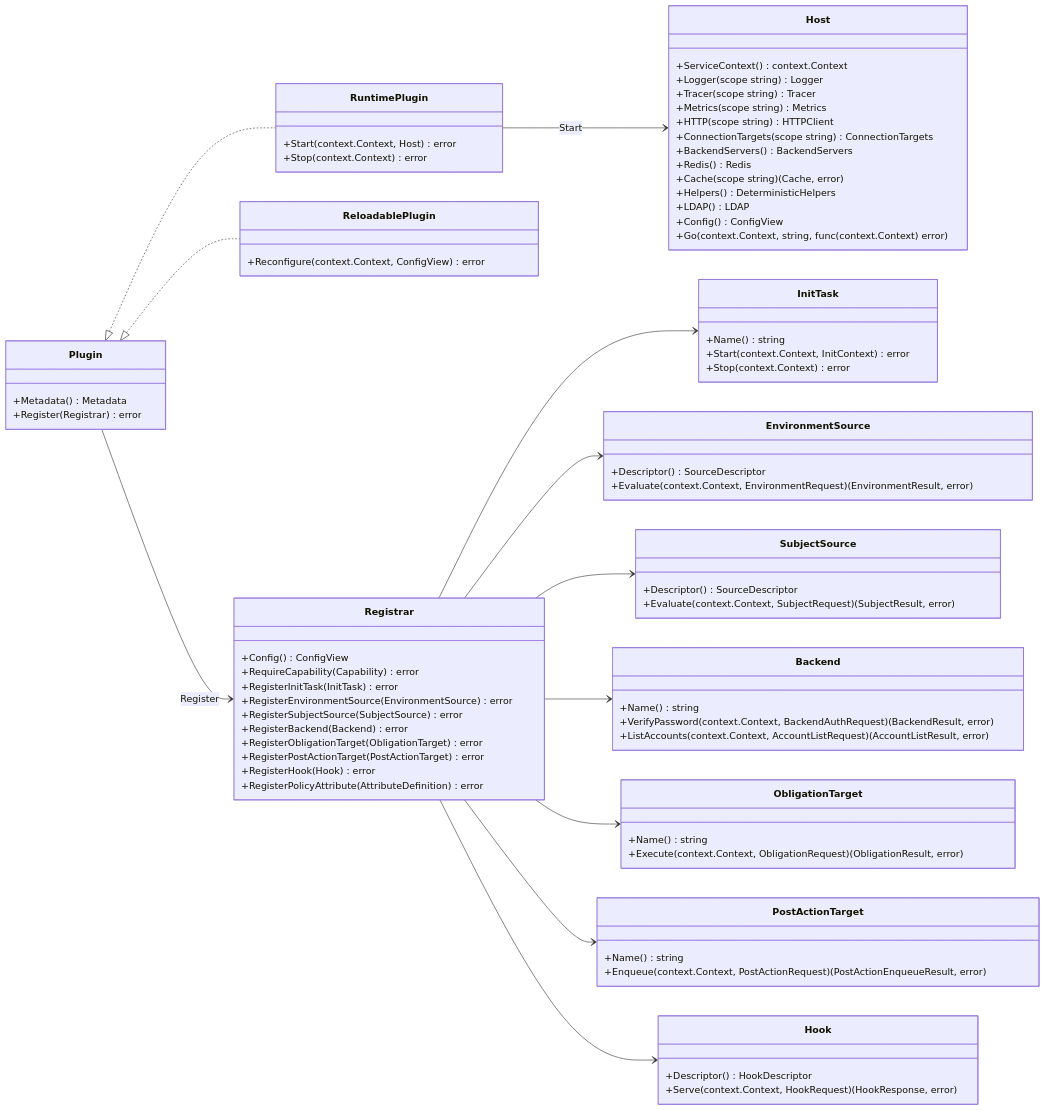
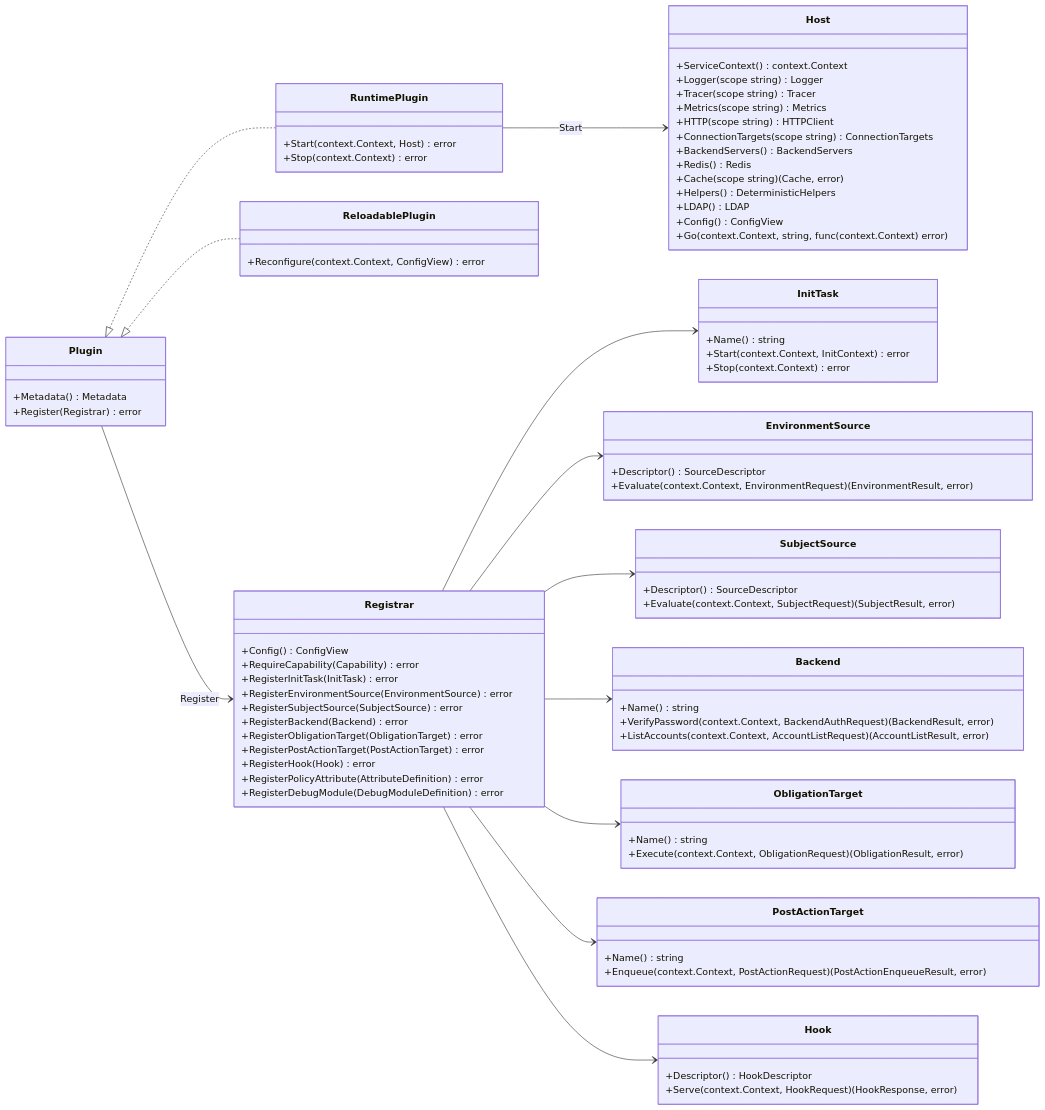
One commit to croessner/nauthilus changed the first of 3 diagrams in server/docs/go_plugin_developer_api.md. Above: the diagram before and after it, drawn with Mermaid. The commit also changed other lines of this file and 32 other files, not shown here.

Commit message:
Add native plugin debug module selectors

```diff
--- a/server/docs/go_plugin_developer_api.md
+++ b/server/docs/go_plugin_developer_api.md
@@ -52,6 +52,7 @@
         +RegisterPostActionTarget(PostActionTarget) error
         +RegisterHook(Hook) error
         +RegisterPolicyAttribute(AttributeDefinition) error
+        +RegisterDebugModule(DebugModuleDefinition) error
     }
 
     class Host {
```
